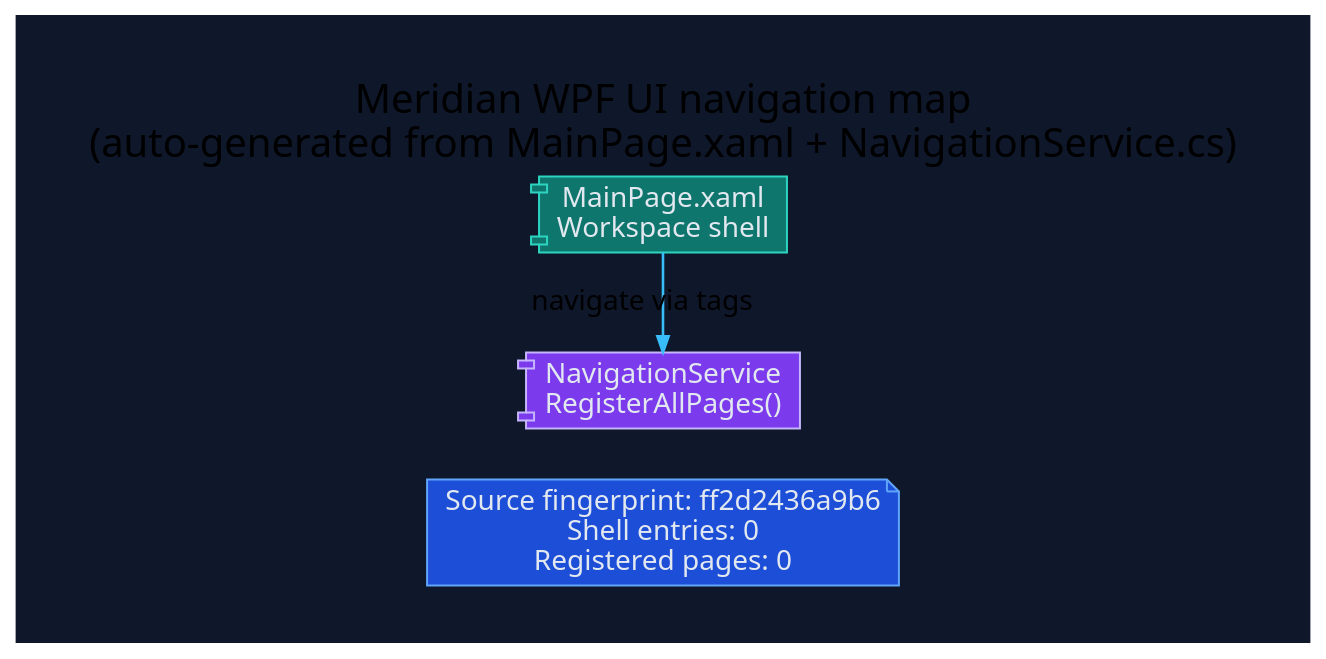
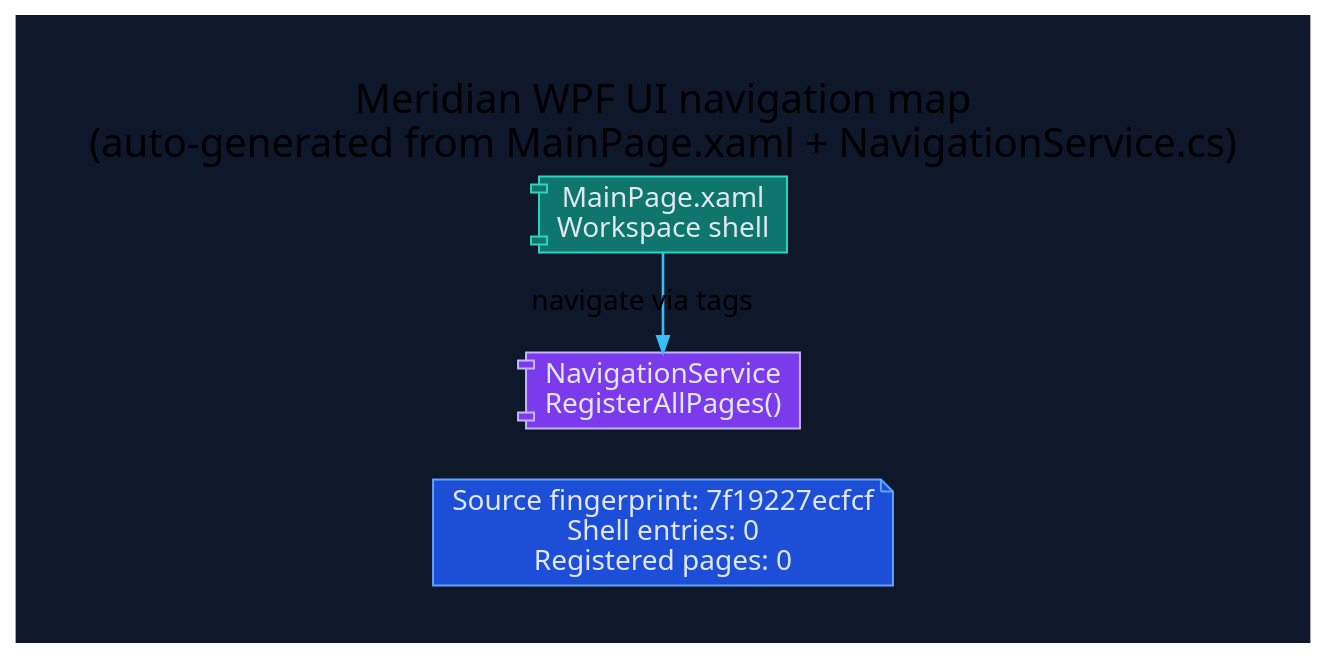
The diagram in docs/diagrams/ui-navigation-map.dot (rodoHasArrived/Meridian-main), drawn with Graphviz before and after one commit. The commit also changed 5 other files, not shown here.

Commit message:
docs(diagrams): regenerate diagram artifacts from sources

```diff
--- a/docs/diagrams/ui-navigation-map.dot
+++ b/docs/diagrams/ui-navigation-map.dot
@@ -1,27 +1,27 @@
 // -----------------------------------------------------------------------------
 // <auto-generated>
 // Generated by scripts/generate-diagrams.mjs.
 // Do not edit this file directly; update the WPF source files instead.
 // -----------------------------------------------------------------------------
 digraph UiNavigationMap {
   graph [
     rankdir=LR,
     labelloc=t,
     label="Meridian WPF UI navigation map\n(auto-generated from MainPage.xaml + NavigationService.cs)",
     fontname="Segoe UI",
     fontsize=20,
     pad=0.4,
     nodesep=0.35,
     ranksep=1.0,
     bgcolor="#0f172a"
   ];
   node [fontname="Segoe UI", shape=box, style="rounded,filled", color="#475569", fontcolor="#e2e8f0", fillcolor="#1e293b"];
   edge [fontname="Segoe UI", color="#94a3b8", penwidth=1.3, arrowsize=0.8];
 
-  generated [shape=note, fillcolor="#1d4ed8", color="#60a5fa", label="Source fingerprint: ff2d2436a9b6\nShell entries: 0\nRegistered pages: 0"];
+  generated [shape=note, fillcolor="#1d4ed8", color="#60a5fa", label="Source fingerprint: 7f19227ecfcf\nShell entries: 0\nRegistered pages: 0"];
   shell [shape=component, fillcolor="#0f766e", color="#2dd4bf", label="MainPage.xaml\nWorkspace shell"];
   navigation [shape=component, fillcolor="#7c3aed", color="#c4b5fd", label="NavigationService\nRegisterAllPages()"];
   shell -> navigation [label="navigate via tags", color="#38bdf8"];
 
   { rank=min; generated; shell; navigation; }
 }
```
